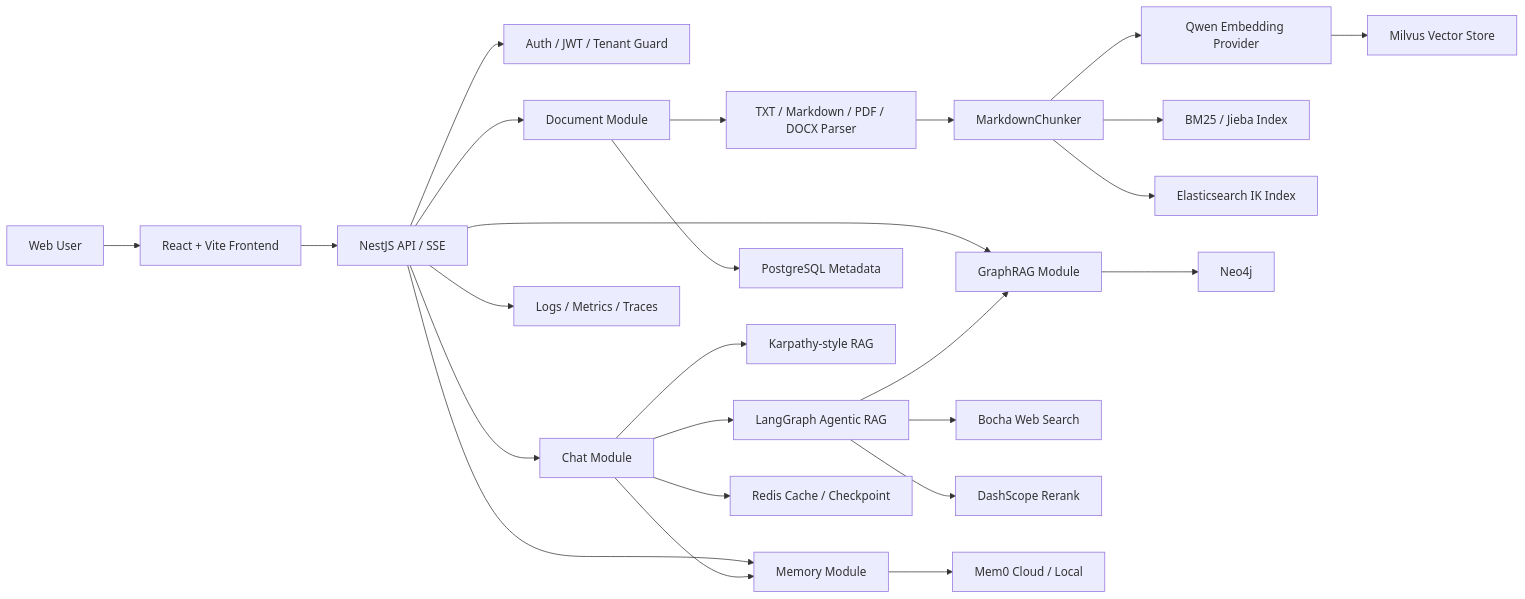
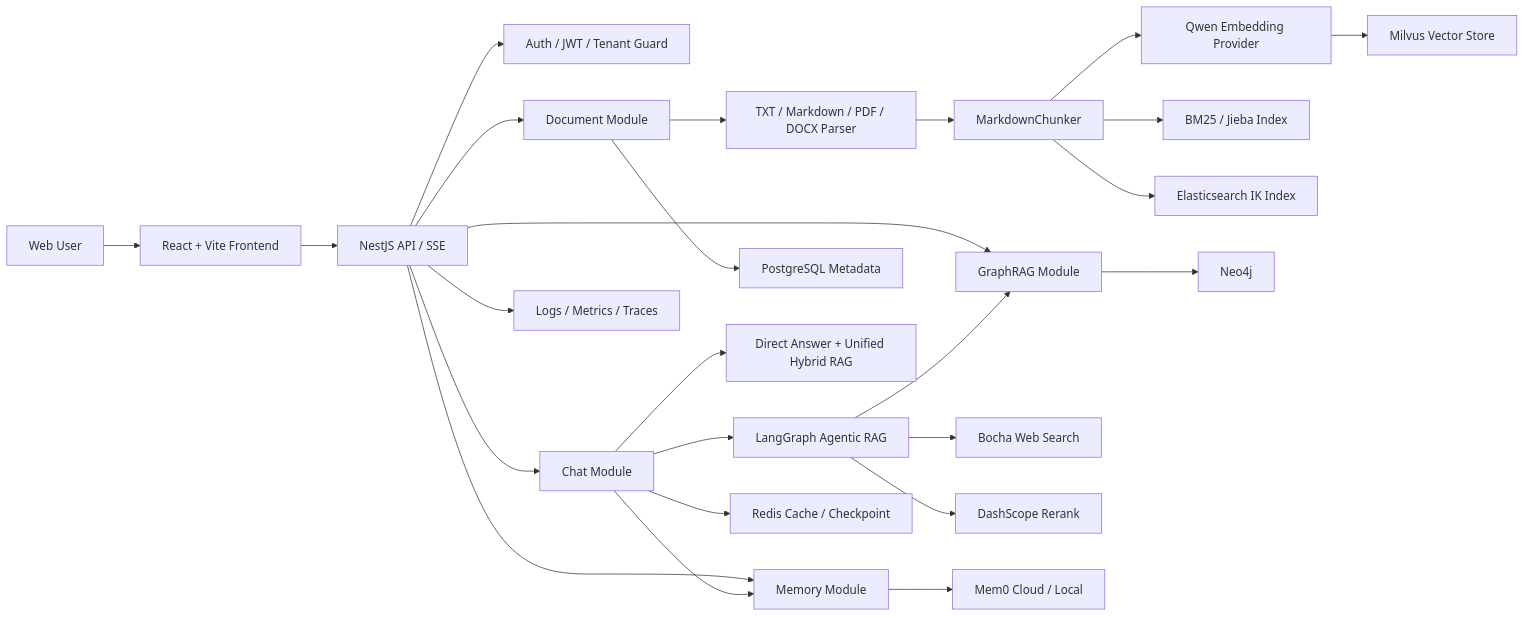
One commit to monstereatai/RAG changed the first of 3 diagrams in docs/architecture/ARCHITECTURE.md. Above: the diagram before and after it, drawn with Mermaid. The commit also changed other lines of this file and 97 other files, not shown here.

````diff
--- a/docs/architecture/ARCHITECTURE.md
+++ b/docs/architecture/ARCHITECTURE.md
@@ -17,32 +17,32 @@
 ```mermaid
 flowchart LR
   User["Web User"] --> Frontend["React + Vite Frontend"]
   Frontend --> Backend["NestJS API / SSE"]
 
   Backend --> Auth["Auth / JWT / Tenant Guard"]
   Backend --> Document["Document Module"]
   Backend --> Chat["Chat Module"]
   Backend --> Graph["GraphRAG Module"]
   Backend --> Memory["Memory Module"]
   Backend --> Observability["Logs / Metrics / Traces"]
 
   Document --> Parser["TXT / Markdown / PDF / DOCX Parser"]
   Parser --> Chunker["MarkdownChunker"]
   Chunker --> Embedding["Qwen Embedding Provider"]
 
   Embedding --> Milvus["Milvus Vector Store"]
   Chunker --> BM25["BM25 / Jieba Index"]
   Chunker --> ES["Elasticsearch IK Index"]
   Document --> Postgres["PostgreSQL Metadata"]
 
-  Chat --> SimpleRag["Karpathy-style RAG"]
+  Chat --> SimpleRag["Direct Answer + Unified Hybrid RAG"]
   Chat --> AgenticRag["LangGraph Agentic RAG"]
   Chat --> Memory
   AgenticRag --> Bocha["Bocha Web Search"]
   AgenticRag --> Rerank["DashScope Rerank"]
   AgenticRag --> Graph
 
   Memory --> Mem0["Mem0 Cloud / Local"]
   Graph --> Neo4j["Neo4j"]
   Chat --> Redis["Redis Cache / Checkpoint"]
 ```
````
